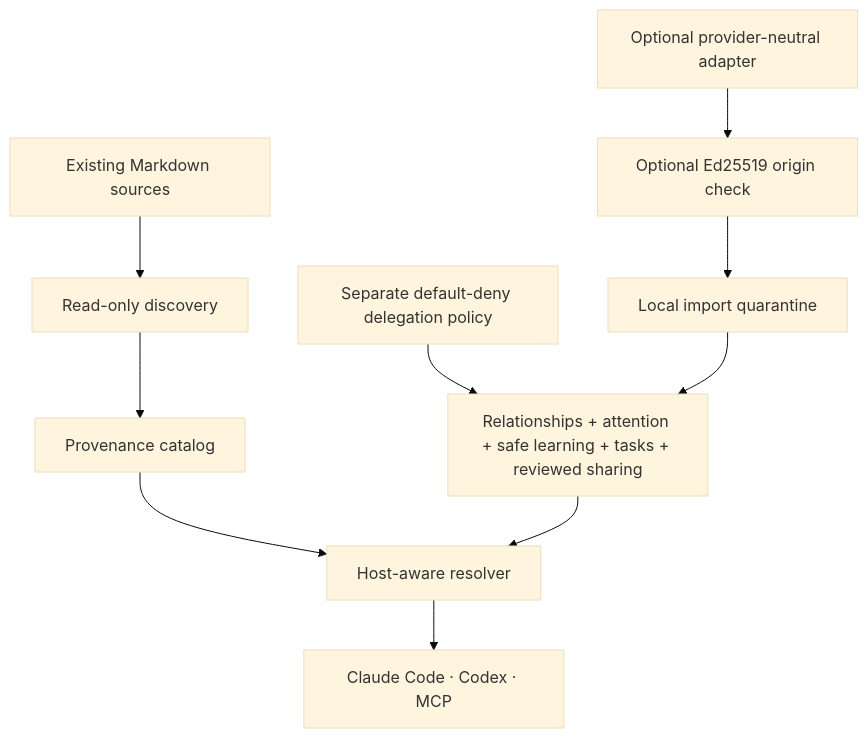
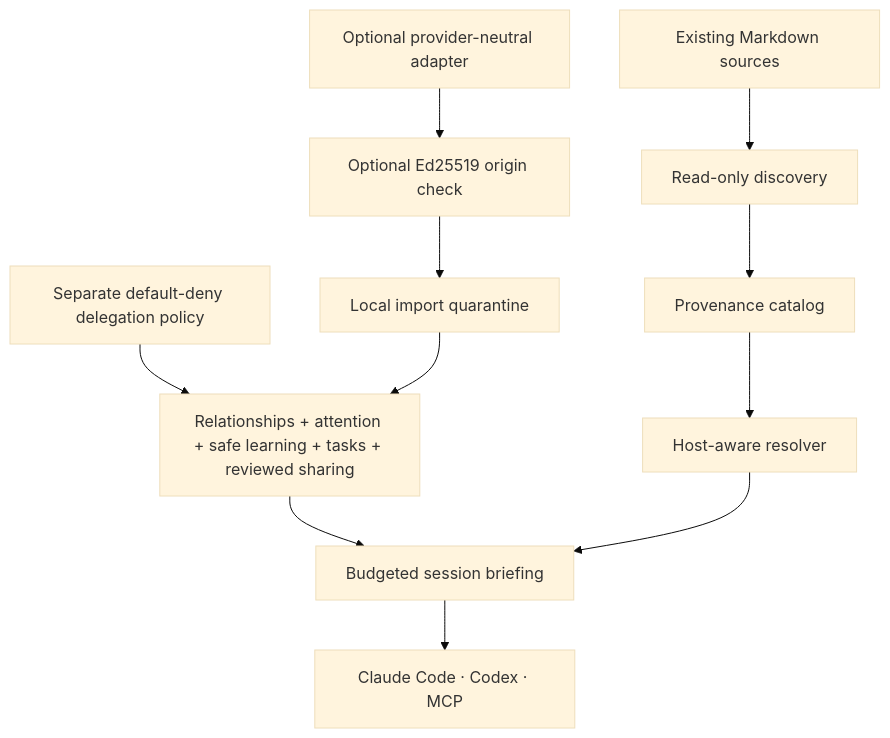
Before and after one commit to Maykbiletti/AgentSpine: the first of 2 diagrams in README.md, drawn with Mermaid (base theme). The commit also changed other lines of this file and 19 other files, not shown here.

Commit message:
feat: add budgeted session briefings

````diff
--- a/README.md
+++ b/README.md
@@ -30,10 +30,11 @@
 ```mermaid
 flowchart TB
     A["Existing Markdown sources"] --> B["Read-only discovery"]
     B --> C["Provenance catalog"]
     C --> D["Host-aware resolver"]
-    F["Relationships + attention + safe learning + tasks + reviewed sharing"] --> D
+    F["Relationships + attention + safe learning + tasks + reviewed sharing"] --> G["Budgeted session briefing"]
+    D --> G
     P["Separate default-deny delegation policy"] --> F
     X["Optional provider-neutral adapter"] --> S["Optional Ed25519 origin check"] --> Q["Local import quarantine"] --> F
-    D --> E["Claude Code · Codex · MCP"]
+    G --> E["Claude Code · Codex · MCP"]
 ```
````
